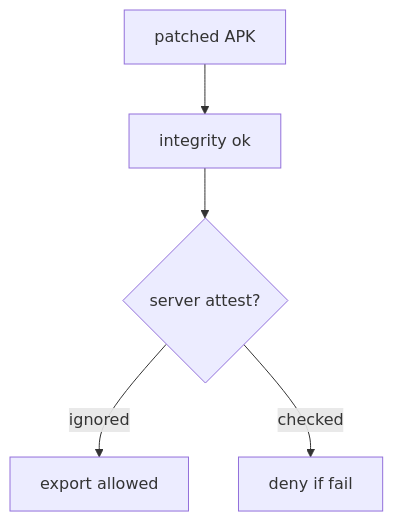
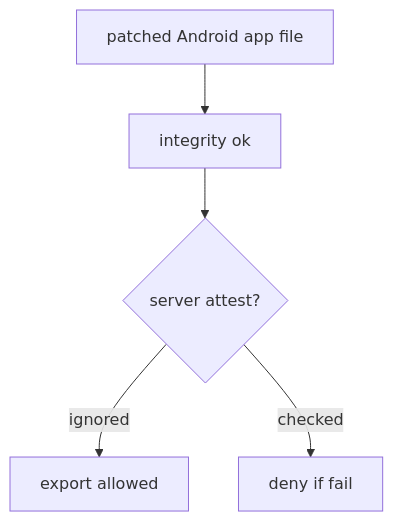
Before and after one commit to ishitvagoel/LearnSecurity: the first of 2 diagrams in content/modules/8/8.1/lessons/01-property.md, drawn with Mermaid. The commit also changed other lines of this file and 39 other files, not shown here.

````diff
--- a/content/modules/8/8.1/lessons/01-property.md
+++ b/content/modules/8/8.1/lessons/01-property.md
@@ -19,7 +18,7 @@
 ```mermaid
 flowchart TD
-  Apk["patched APK"] --> Claim["integrity ok"]
+  Apk["patched Android app file"] --> Claim["integrity ok"]
   Claim --> Server{server attest?}
   Server -->|ignored| Export[export allowed]
   Server -->|checked| Deny[deny if fail]
 ```
````
